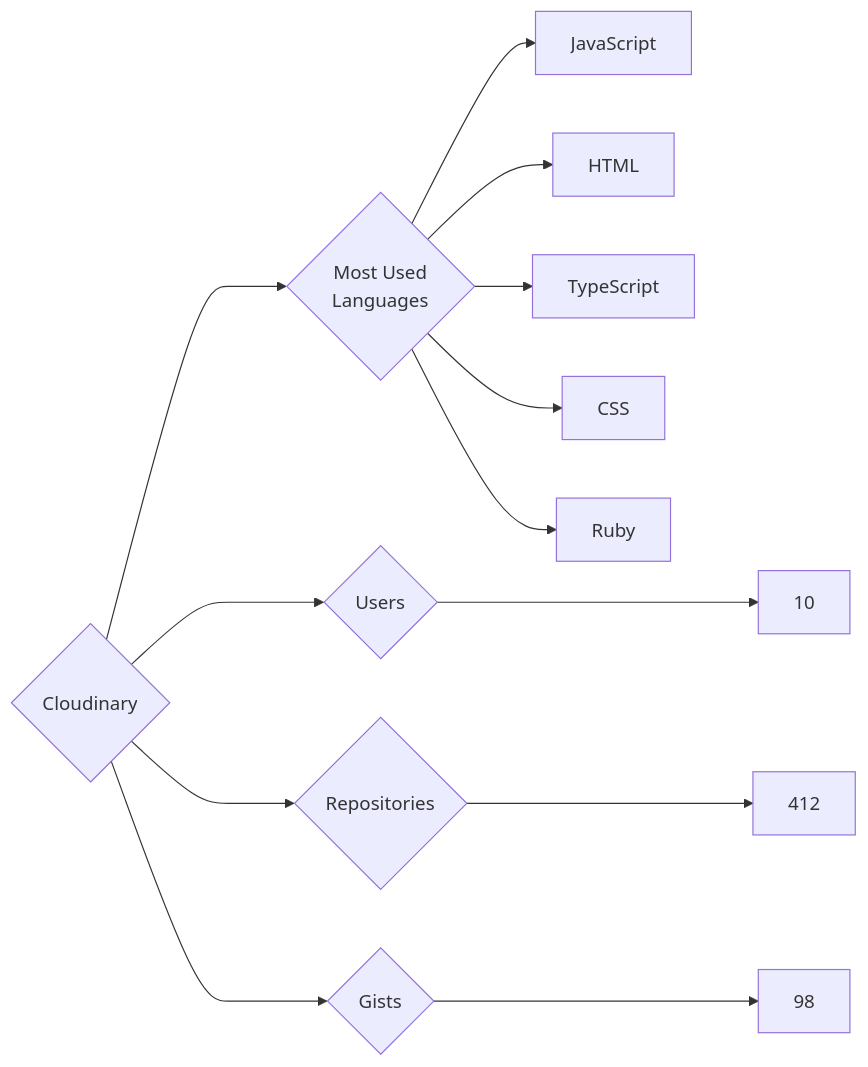
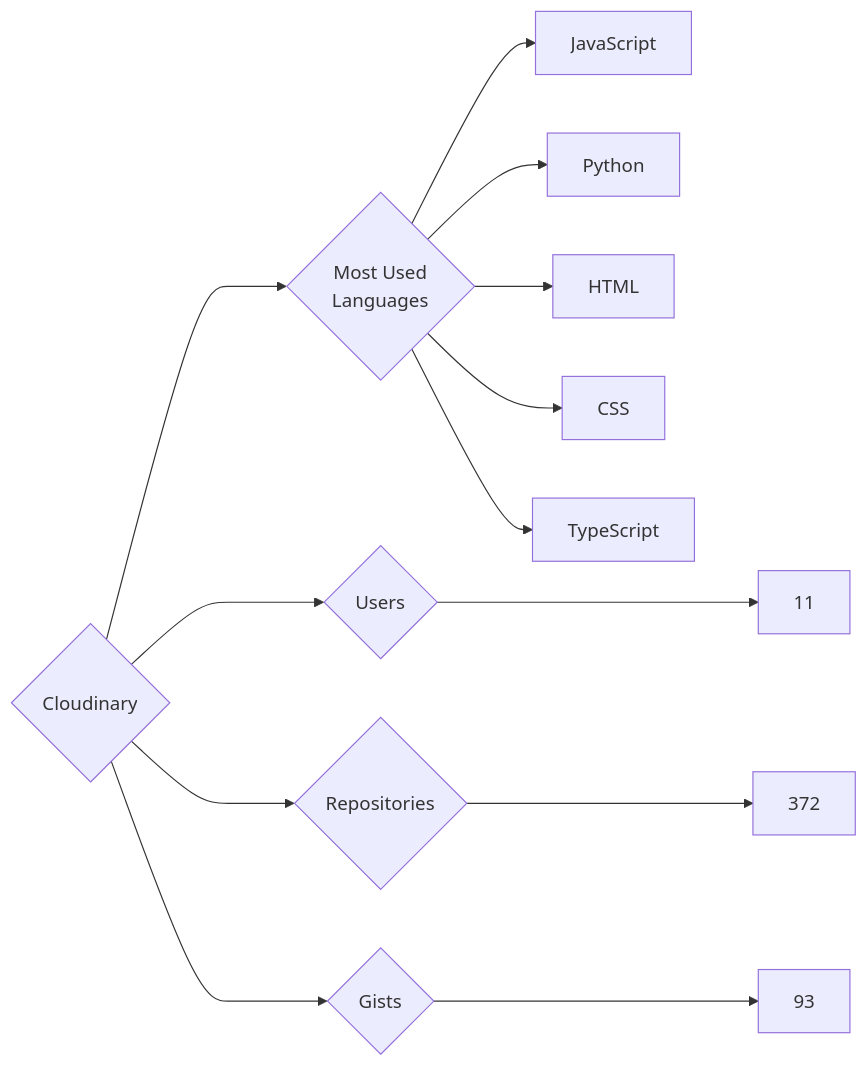
One commit to trickest/insiders changed the diagram in targets/Cloudinary/README.md. Above: the diagram before and after it, drawn with Mermaid. The commit also changed 1055 other files, not shown here.

````diff
--- a/targets/Cloudinary/README.md
+++ b/targets/Cloudinary/README.md
@@ -3,13 +3,13 @@
 ```mermaid
 graph LR
 COMPANY_NAME{Cloudinary}
-COMPANY_NAME ---> U{Users} ---> UN[10]
-COMPANY_NAME ---> R{Repositories} ---> RN[412]
-COMPANY_NAME ---> G{Gists} ---> GN[98]
+COMPANY_NAME ---> U{Users} ---> UN[11]
+COMPANY_NAME ---> R{Repositories} ---> RN[372]
+COMPANY_NAME ---> G{Gists} ---> GN[93]
 COMPANY_NAME ---> ML{Most Used<br>Languages}
 ML --> JavaScript[JavaScript]
+ML --> Python[Python]
 ML --> HTML[HTML]
+ML --> CSS[CSS]
 ML --> TypeScript[TypeScript]
-ML --> CSS[CSS]
-ML --> Ruby[Ruby]
 ```
````
